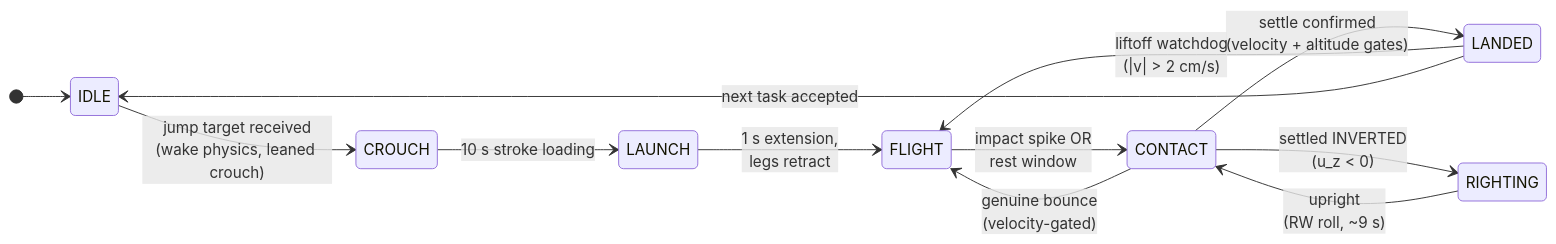
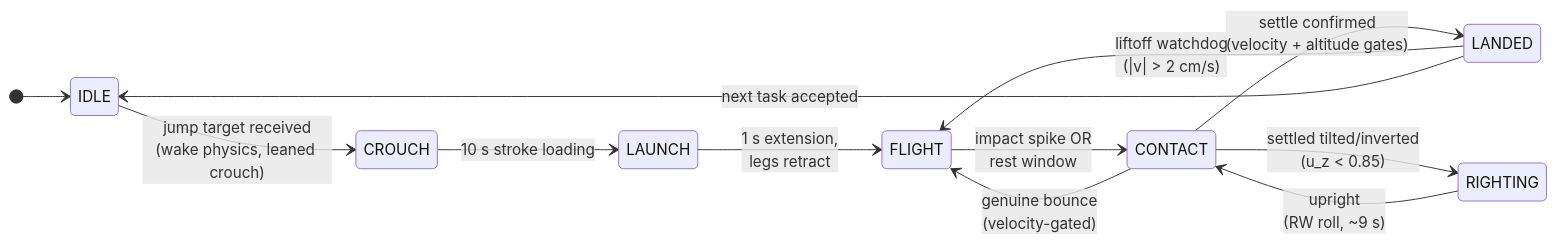
The second of 4 diagrams in docs/Research_Paper.md (Phroggo/ryugu), drawn with Mermaid before and after one commit. The commit also changed other lines of this file, not shown here.

First line of the commit message:
Accuracy pass: correct stale attitude gains, escape-margin formula, and righting-trigger diagram

````diff
--- a/docs/Research_Paper.md
+++ b/docs/Research_Paper.md
@@ -182,15 +182,15 @@
 ```mermaid
 stateDiagram-v2
     direction LR
     [*] --> IDLE
     IDLE --> CROUCH : jump target received<br/>(wake physics, leaned crouch)
     CROUCH --> LAUNCH : 10 s stroke loading
     LAUNCH --> FLIGHT : 1 s extension,<br/>legs retract
     FLIGHT --> CONTACT : impact spike OR<br/>rest window
     CONTACT --> LANDED : settle confirmed<br/>(velocity + altitude gates)
     CONTACT --> FLIGHT : genuine bounce<br/>(velocity-gated)
-    CONTACT --> RIGHTING : settled INVERTED<br/>(u_z < 0)
+    CONTACT --> RIGHTING : settled tilted/inverted<br/>(u_z < 0.85)
     RIGHTING --> CONTACT : upright<br/>(RW roll, ~9 s)
     LANDED --> FLIGHT : liftoff watchdog<br/>(|v| > 2 cm/s)
     LANDED --> IDLE : next task accepted
 ```
````
